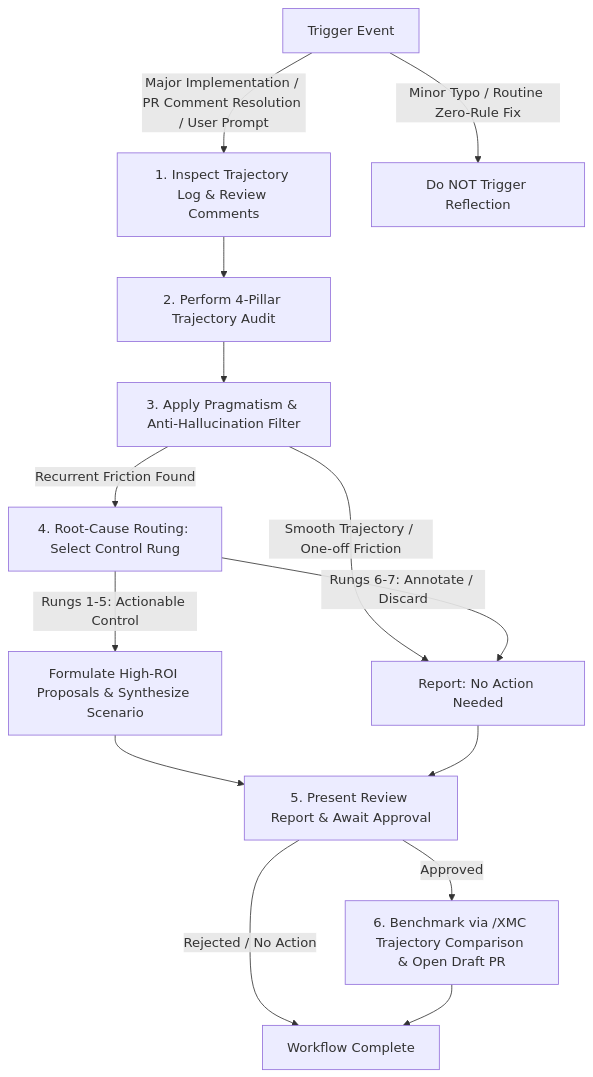
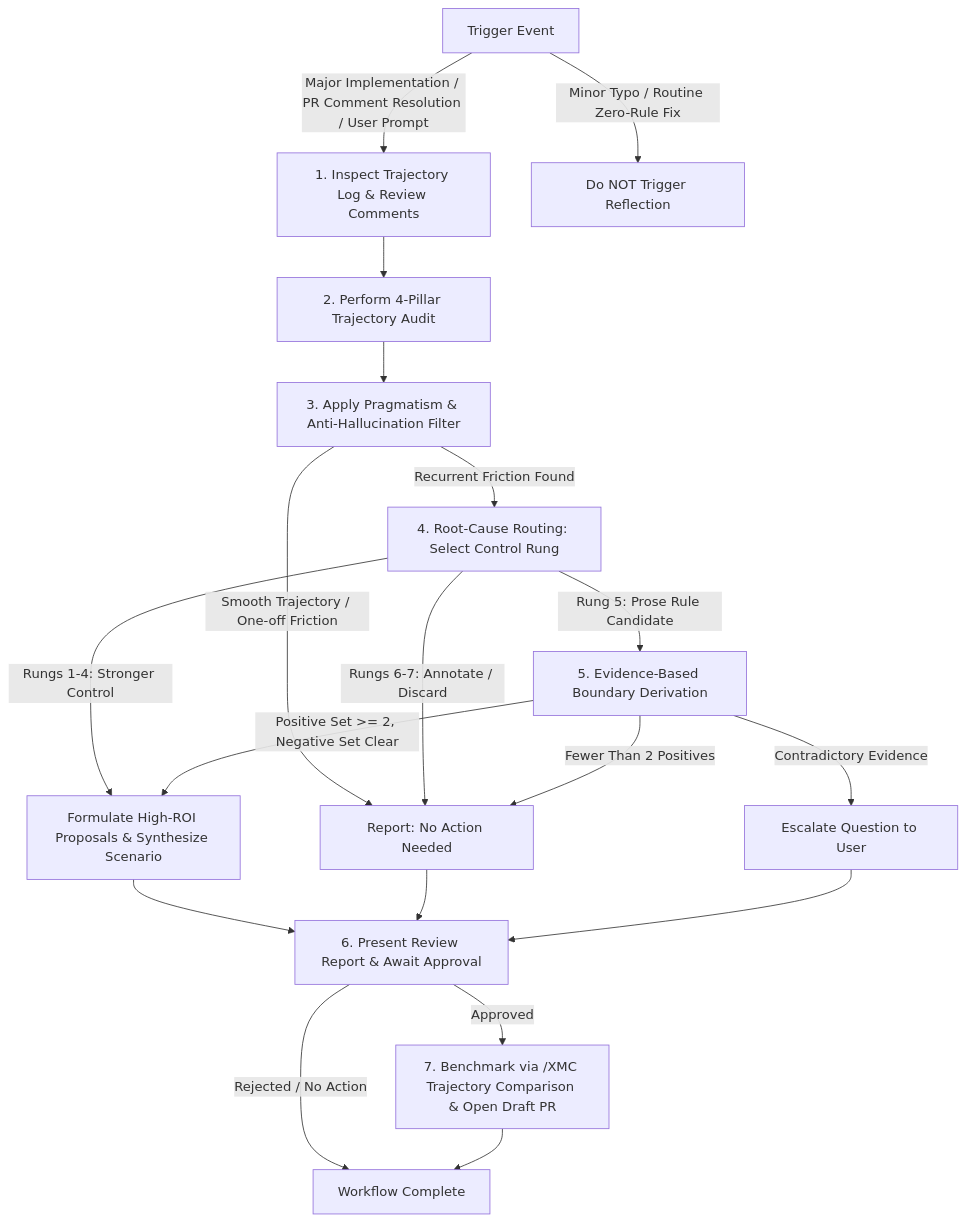
Before and after one commit to google/xmc: the diagram in .agents/skills/xmc_iterative_reflection/SKILL.md, drawn with Mermaid. The commit also changed other lines of this file and 2 other files, not shown here.

````diff
--- a/.agents/skills/xmc_iterative_reflection/SKILL.md
+++ b/.agents/skills/xmc_iterative_reflection/SKILL.md
@@ -10,15 +10,19 @@
 ```mermaid
 graph TD
     A[Trigger Event] -->|Major Implementation / PR Comment Resolution / User Prompt| B[1. Inspect Trajectory Log & Review Comments]
     A -->|Minor Typo / Routine Zero-Rule Fix| Stop[Do NOT Trigger Reflection]
     B --> C[2. Perform 4-Pillar Trajectory Audit]
     C --> D[3. Apply Pragmatism & Anti-Hallucination Filter]
     D -->|Smooth Trajectory / One-off Friction| F[Report: No Action Needed]
     D -->|Recurrent Friction Found| R[4. Root-Cause Routing: Select Control Rung]
-    R -->|Rungs 1-5: Actionable Control| E[Formulate High-ROI Proposals & Synthesize Scenario]
+    R -->|Rungs 1-4: Stronger Control| E[Formulate High-ROI Proposals & Synthesize Scenario]
+    R -->|Rung 5: Prose Rule Candidate| V[5. Evidence-Based Boundary Derivation]
     R -->|Rungs 6-7: Annotate / Discard| F
-    E & F --> G[5. Present Review Report & Await Approval]
-    G -->|Approved| H[6. Benchmark via /XMC Trajectory Comparison & Open Draft PR]
+    V -->|Positive Set >= 2, Negative Set Clear| E
+    V -->|Fewer Than 2 Positives| F
+    V -->|Contradictory Evidence| Esc[Escalate Question to User]
+    E & F & Esc --> G[6. Present Review Report & Await Approval]
+    G -->|Approved| H[7. Benchmark via /XMC Trajectory Comparison & Open Draft PR]
     G -->|Rejected / No Action| End[Workflow Complete]
     H --> End
 ```
````
